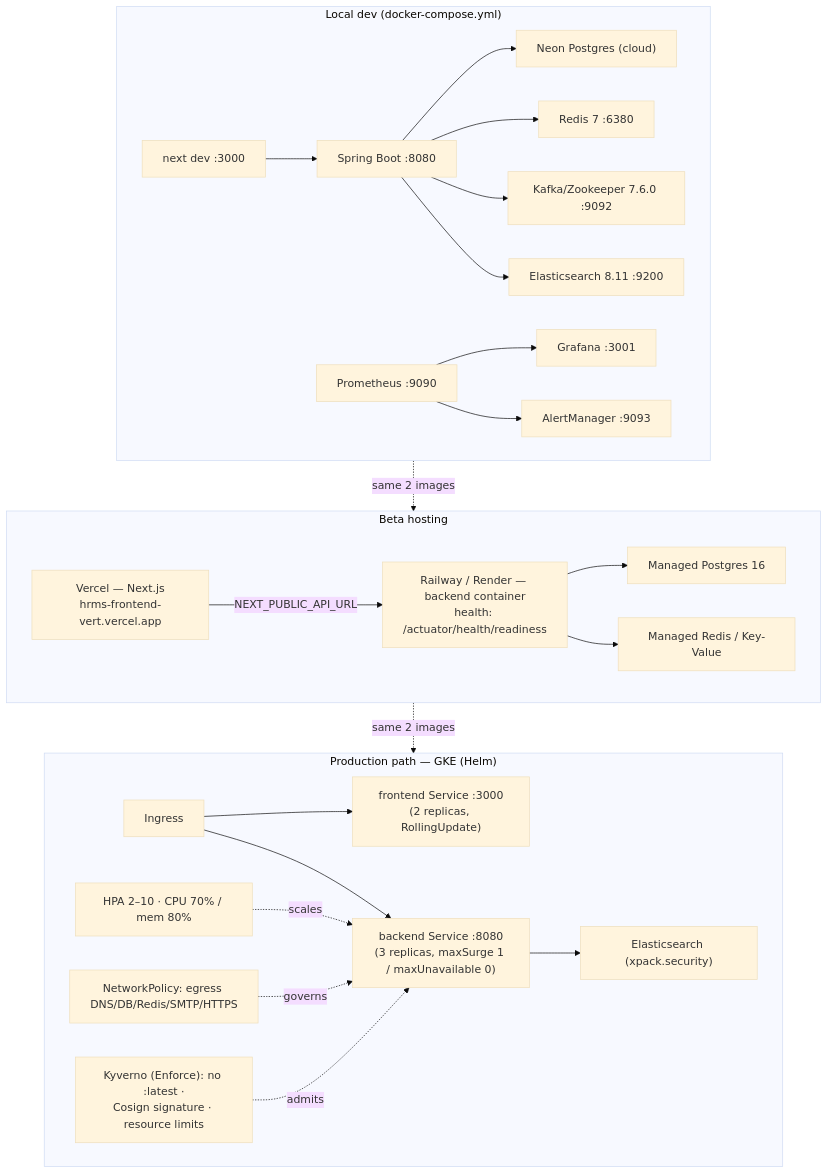
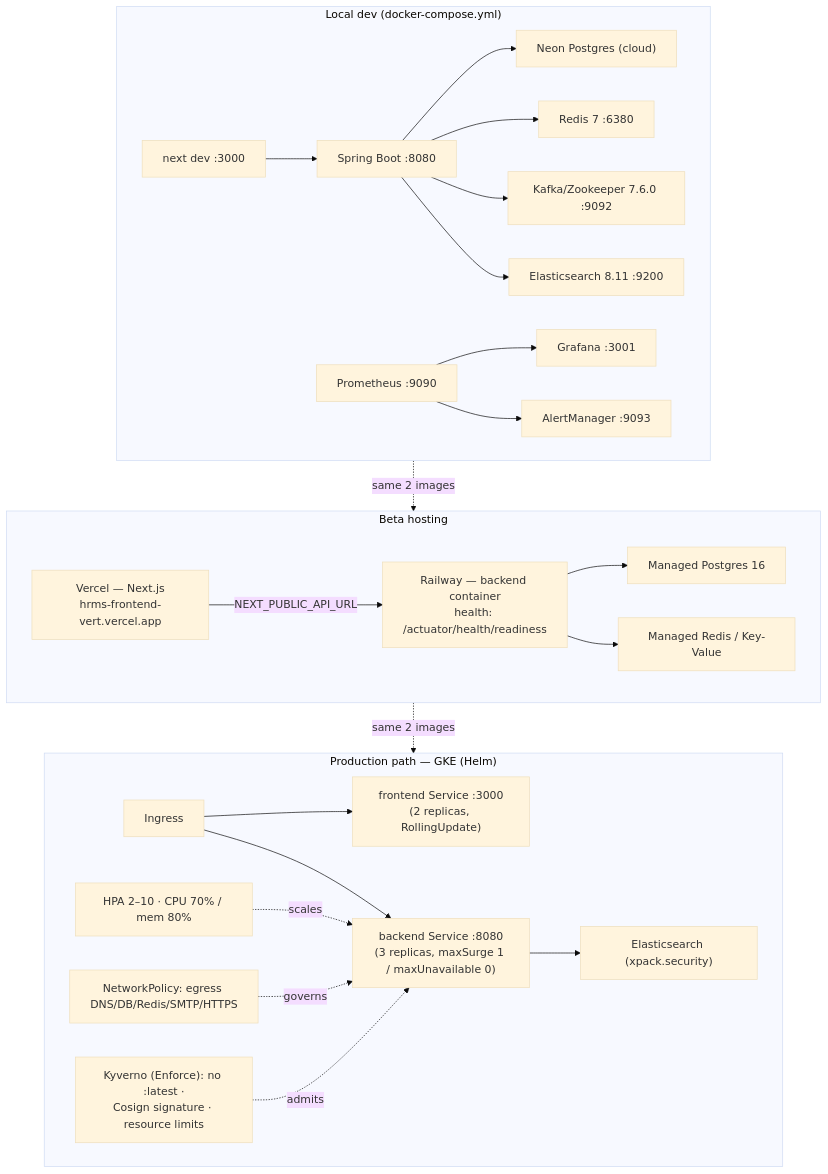
The diagram in docs/obsidian/07-DevOps/Deployment.md (fayaz30395/nu-aura), drawn with Mermaid (base theme) before and after one commit. The commit also changed other lines of this file and 45 other files, not shown here.

````diff
--- a/docs/obsidian/07-DevOps/Deployment.md
+++ b/docs/obsidian/07-DevOps/Deployment.md
@@ -54,44 +56,44 @@
 ```mermaid
 flowchart TD
     subgraph LOCAL["Local dev (docker-compose.yml)"]
         FED["next dev :3000"]
         BED["Spring Boot :8080"]
         RDS["Redis 7 :6380"]
         KFK["Kafka/Zookeeper 7.6.0 :9092"]
         ES["Elasticsearch 8.11 :9200"]
         PROM["Prometheus :9090"]
         GRAF["Grafana :3001"]
         AM["AlertManager :9093"]
         NEON["Neon Postgres (cloud)"]
         FED --> BED --> NEON
         BED --> RDS & KFK & ES
         PROM --> GRAF
         PROM --> AM
     end
 
     subgraph BETA["Beta hosting"]
         VRC["Vercel — Next.js<br/>hrms-frontend-vert.vercel.app"]
-        RAIL["Railway / Render — backend container<br/>health: /actuator/health/readiness"]
+        RAIL["Railway — backend container<br/>health: /actuator/health/readiness"]
         RPG["Managed Postgres 16"]
         RKV["Managed Redis / Key-Value"]
         VRC -->|NEXT_PUBLIC_API_URL| RAIL
         RAIL --> RPG & RKV
     end
 
     subgraph PROD["Production path — GKE (Helm)"]
         ING["Ingress"]
         FSVC["frontend Service :3000<br/>(2 replicas, RollingUpdate)"]
         BSVC["backend Service :8080<br/>(3 replicas, maxSurge 1 / maxUnavailable 0)"]
         HPA["HPA 2–10 · CPU 70% / mem 80%"]
         ESD["Elasticsearch (xpack.security)"]
         NPOL["NetworkPolicy: egress DNS/DB/Redis/SMTP/HTTPS"]
         KYV["Kyverno (Enforce): no :latest ·<br/>Cosign signature · resource limits"]
         ING --> FSVC & BSVC
         HPA -.scales.-> BSVC
         BSVC --> ESD
         NPOL -.governs.-> BSVC
         KYV -.admits.-> BSVC
     end
 
     LOCAL -. same 2 images .-> BETA -. same 2 images .-> PROD
 ```
````
